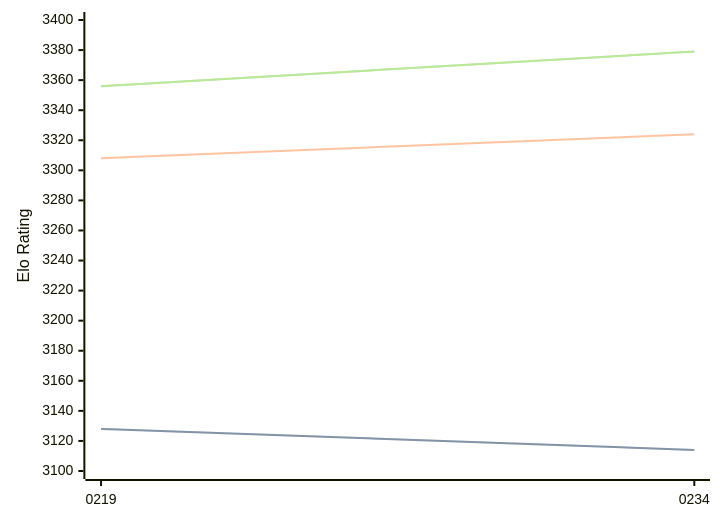
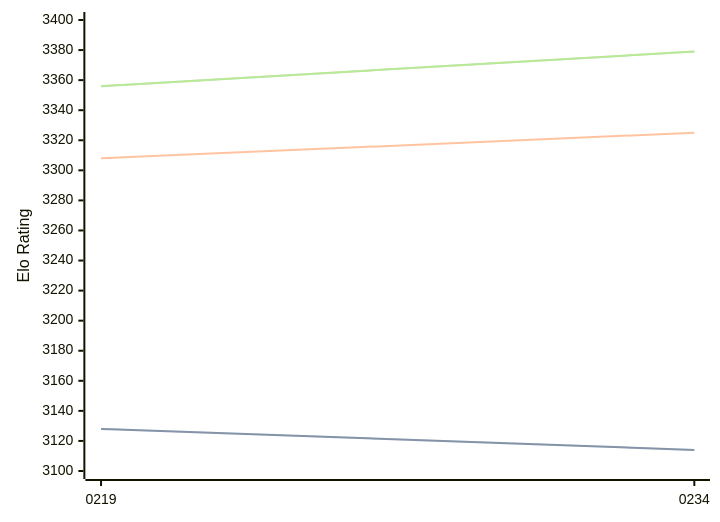
Before and after one commit to computer-chess-index/cci: the diagram in engines/Ynode.md, drawn with Mermaid. The commit also changed other lines of this file, not shown here.

````diff
--- a/engines/Ynode.md
+++ b/engines/Ynode.md
@@ -39,11 +39,11 @@
 ```mermaid
 %%{init: {"theme":"base","themeVariables":{"seriesColors:['#a3a3a3','#222221','#faa371']}}}%%
 xychart-beta
   x-axis ["0219", "0234"]
   y-axis "Elo Rating" 3100 --> 3400
   line "STC (8.0+0.08s)" [3128, 3114]
   line "STC (8.0+0.08s)" [3128, 3114]
-  line "LTC (60.0+0.60s)" [3308, 3324]
+  line "LTC (60.0+0.60s)" [3308, 3325]
   line "VLTC (2m24s+1.12s)" [3356, 3379]
   line "VLTC (2m24s+1.12s)" [3356, 3379]
 ```
````
